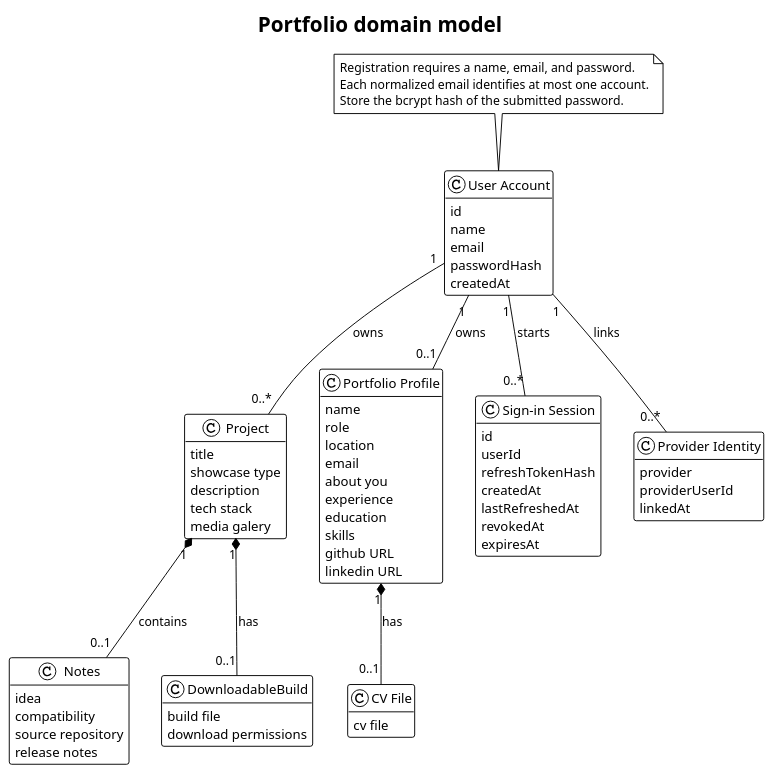
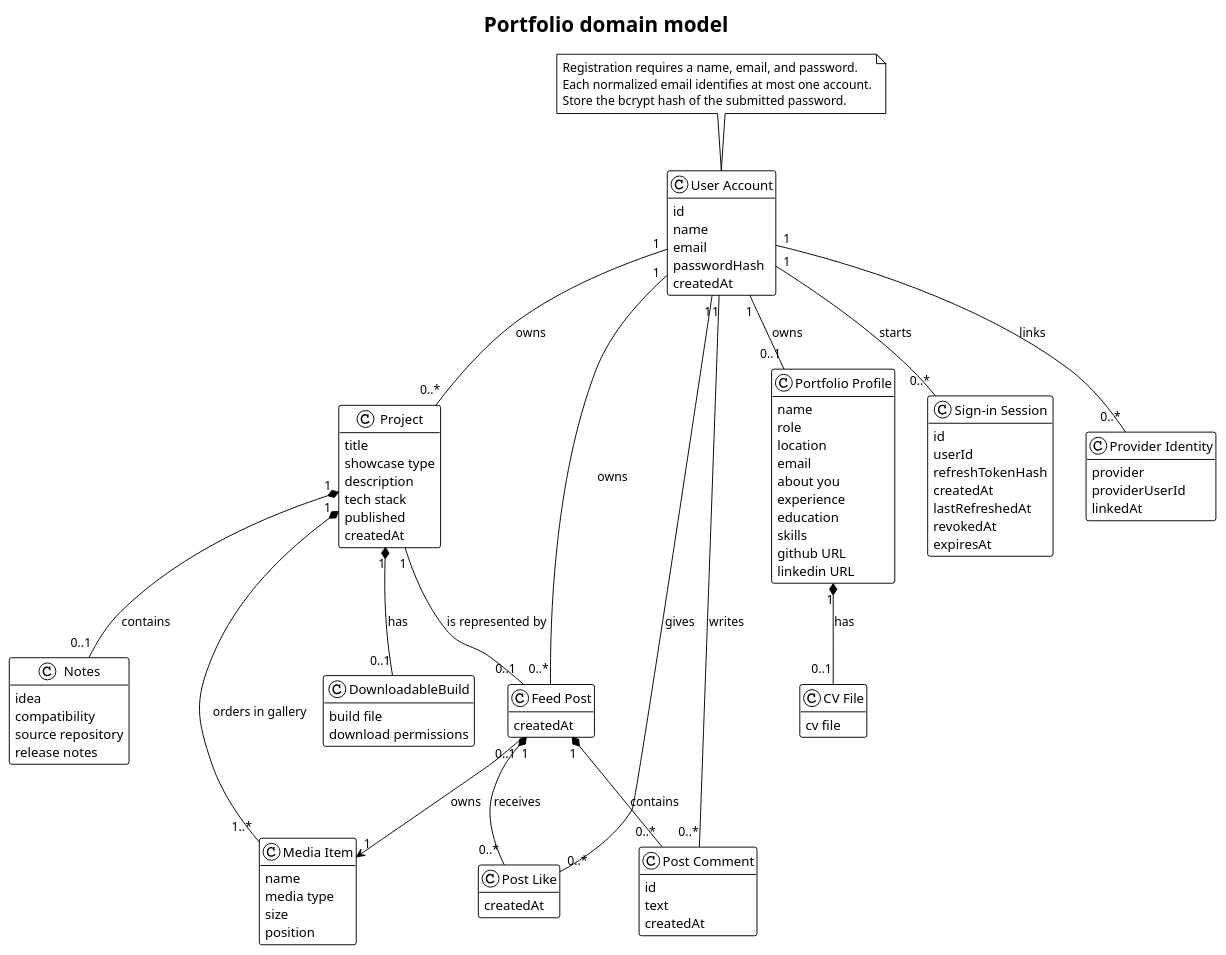
One commit to MiguelRibeiro1210/Portfolio_Website changed the diagram in docs/global_artifacts/domain-model.puml. Above: the diagram before and after it, drawn with PlantUML. The commit also changed 7 other files, not shown here.

```diff
--- a/docs/global_artifacts/domain-model.puml
+++ b/docs/global_artifacts/domain-model.puml
@@ -1,82 +1,112 @@
 @startuml
 !theme plain
 title Portfolio domain model
 hide empty members
 skinparam classAttributeIconSize 0
 
 class "User Account" as UserAccount {
   id
   name
   email
   passwordHash
   createdAt
 }
 
 class Project {
     title
     showcase type
     description
     tech stack
-    media galery
+    published
+    createdAt
+}
+
+class "Media Item" as MediaItem {
+    name
+    media type
+    size
+    position
+}
+
+class "Feed Post" as FeedPost {
+    createdAt
+}
+
+class "Post Like" as PostLike {
+    createdAt
+}
+
+class "Post Comment" as PostComment {
+    id
+    text
+    createdAt
 }
 
 class Notes {
     idea
     compatibility
     source repository
     release notes
 }
 
 class "DownloadableBuild" as Build {
     build file
     download permissions
 }
 
 class "Portfolio Profile" as Profile {
     name
     role
     location
     email
     about you
     experience
     education
     skills
     github URL
     linkedin URL
 }
 
 class "CV File" as CV {
     cv file
 }
 class "Sign-in Session" as SignInSession {
     id
     userId
     refreshTokenHash
     createdAt
     lastRefreshedAt
     revokedAt
     expiresAt
 }
 
 class "Provider Identity" as ProviderIdentity {
   provider
   providerUserId
   linkedAt
 }
 
 UserAccount "1" -- "0..*" ProviderIdentity : links
 
 UserAccount "1" -- "0..*" Project : owns
 UserAccount "1" -- "0..1" Profile : owns
 Project "1" *-- "0..1" Build : has
 UserAccount "1" -- "0..*" SignInSession : starts
 Project "1" *-- "0..1" Notes : contains
+Project "1" *-- "1..*" MediaItem : orders in gallery
+Project "1" -- "0..1" FeedPost : is represented by
+UserAccount "1" -- "0..*" FeedPost : owns
+FeedPost "0..1" --> "1" MediaItem : owns
+FeedPost "1" *-- "0..*" PostLike : receives
+UserAccount "1" -- "0..*" PostLike : gives
+FeedPost "1" *-- "0..*" PostComment : contains
+UserAccount "1" -- "0..*" PostComment : writes
 Profile "1" *-- "0..1" CV : has
 
 note top of UserAccount
   Registration requires a name, email, and password.
   Each normalized email identifies at most one account.
   Store the bcrypt hash of the submitted password.
 end note
 
 @enduml
```
